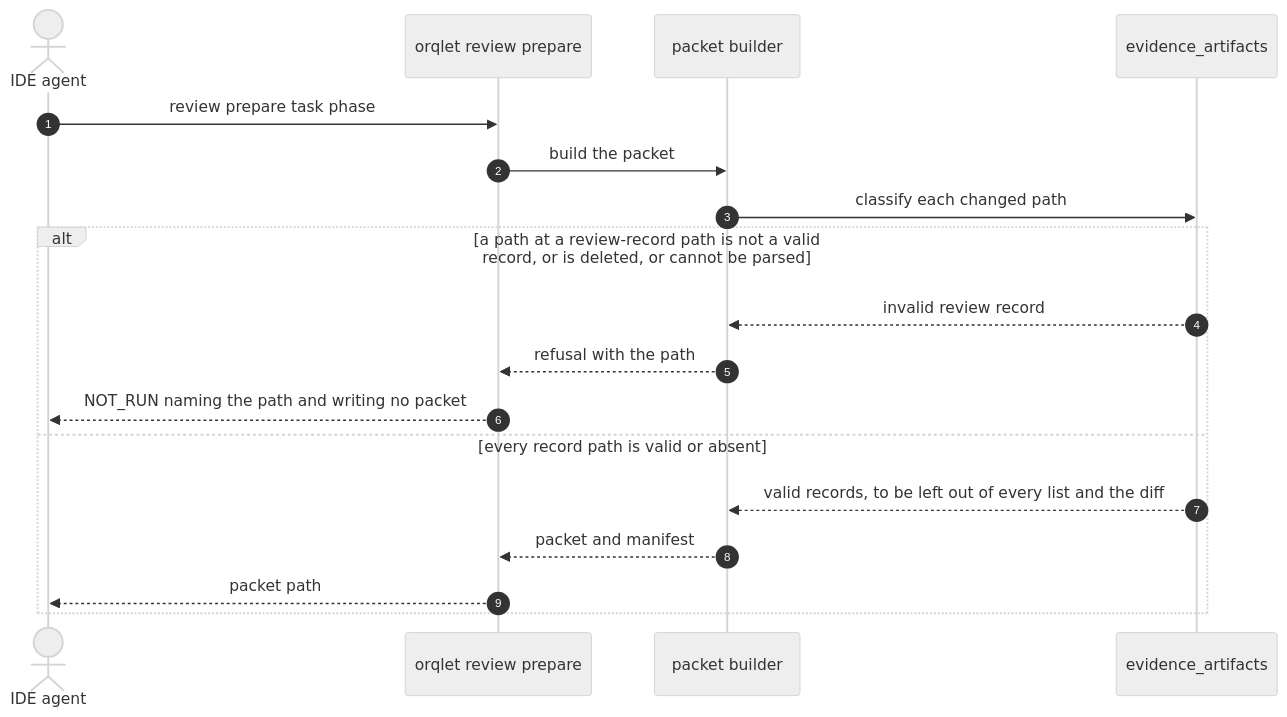
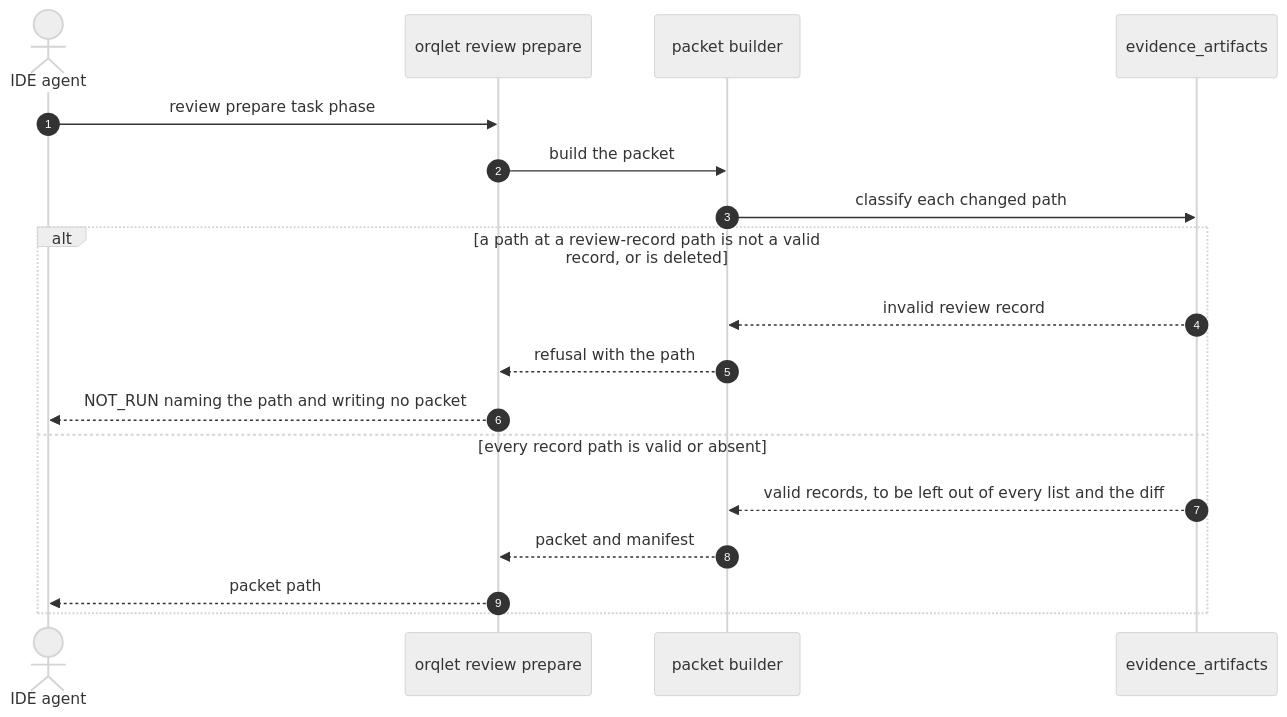
Before and after one commit to tmishari/orqlet: the second of 3 diagrams in docs/design/harness2-fit/design/sequence.md, drawn with Mermaid (neutral theme). The commit also changed 7 other files, not shown here.

````diff
--- a/docs/design/harness2-fit/design/sequence.md
+++ b/docs/design/harness2-fit/design/sequence.md
@@ -41,20 +41,20 @@
 ```mermaid
 sequenceDiagram
   autonumber
   actor A as IDE agent
   participant C as orqlet review prepare
   participant B as packet builder
   participant E as evidence_artifacts
   A->>C: review prepare task phase
   C->>B: build the packet
   B->>E: classify each changed path
-  alt a path at a review-record path is not a valid record, or is deleted, or cannot be parsed
+  alt a path at a review-record path is not a valid record, or is deleted
     E-->>B: invalid review record
     B-->>C: refusal with the path
     C-->>A: NOT_RUN naming the path and writing no packet
   else every record path is valid or absent
     E-->>B: valid records, to be left out of every list and the diff
     B-->>C: packet and manifest
     C-->>A: packet path
   end
 ```
````
